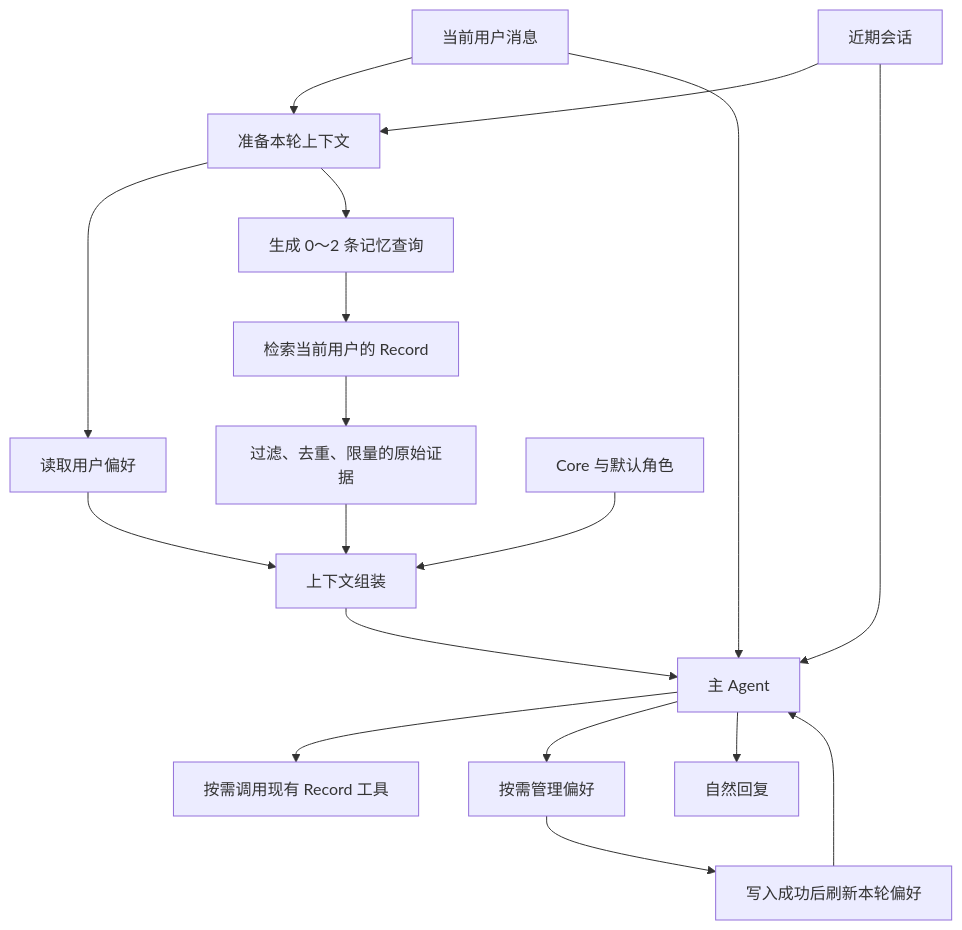
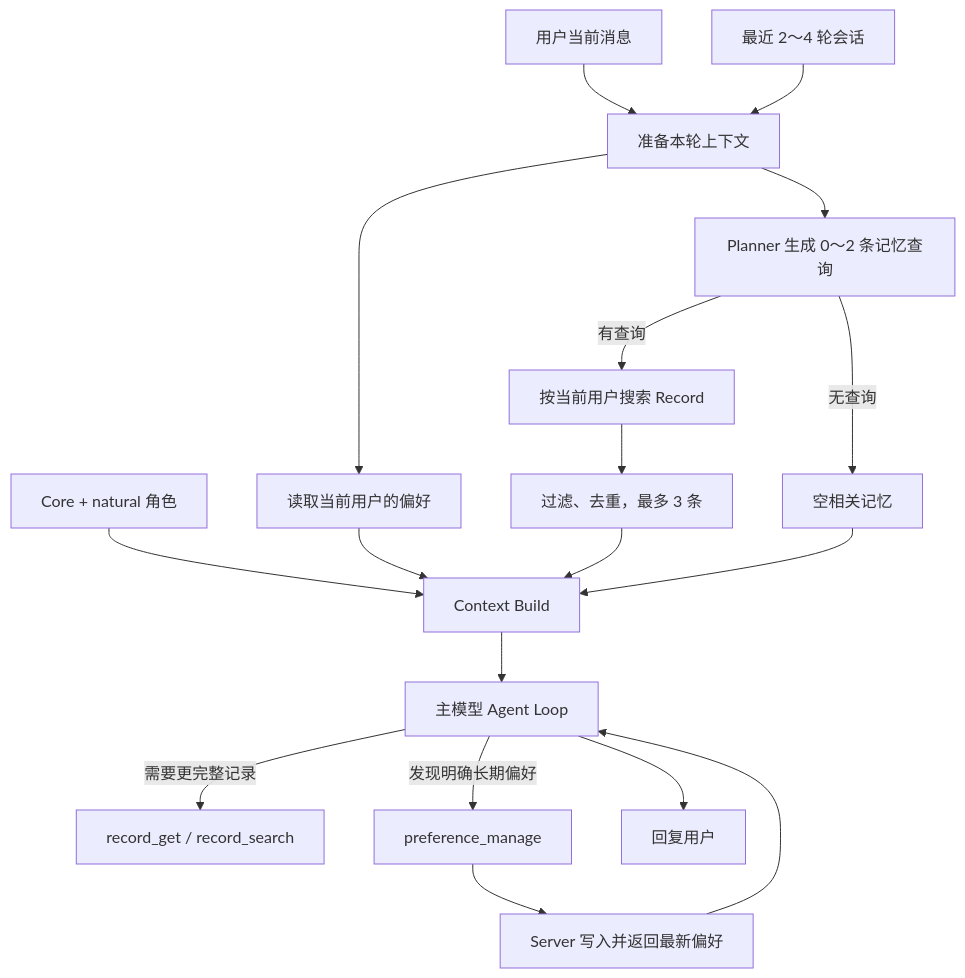
Before and after one commit to huiru-wang/fanto: the diagram in plan/2026-09-20-dynamic-context/design.md, drawn with Mermaid. The commit also changed other lines of this file and 12 other files, not shown here.

Commit message:
feat(agent): scaffold context runtime

````diff
--- a/plan/2026-09-20-dynamic-context/design.md
+++ b/plan/2026-09-20-dynamic-context/design.md
@@ -71,22 +18,23 @@
 ```mermaid
 flowchart TD
-    U[当前用户消息] --> P[准备本轮上下文]
-    H[近期会话] --> P
-    P --> UP[读取用户偏好]
-    P --> Q[生成 0～2 条记忆查询]
-    Q --> R[检索当前用户的 Record]
-    R --> E[过滤、去重、限量的原始证据]
+    U[用户当前消息] --> C[准备本轮上下文]
+    H[最近 2～4 轮会话] --> C
 
-    C[Core 与默认角色] --> B[上下文组装]
-    UP --> B
-    E --> B
+    C --> P[读取当前用户的偏好]
+    C --> Q[Planner 生成 0～2 条记忆查询]
+    Q -->|无查询| N[空相关记忆]
+    Q -->|有查询| S[按当前用户搜索 Record]
+    S --> F[过滤、去重，最多 3 条]
 
-    B --> A[主 Agent]
-    H --> A
-    U --> A
-    A --> T[按需调用现有 Record 工具]
-    A --> W[按需管理偏好]
-    W --> S[写入成功后刷新本轮偏好]
-    S --> A
-    A --> O[自然回复]
+    Core[Core + natural 角色] --> B[Context Build]
+    P --> B
+    F --> B
+    N --> B
+    B --> A[主模型 Agent Loop]
+
+    A -->|需要更完整记录| RG[record_get / record_search]
+    A -->|发现明确长期偏好| PM[preference_manage]
+    PM --> P2[Server 写入并返回最新偏好]
+    P2 --> A
+    A --> R[回复用户]
 ```
````
